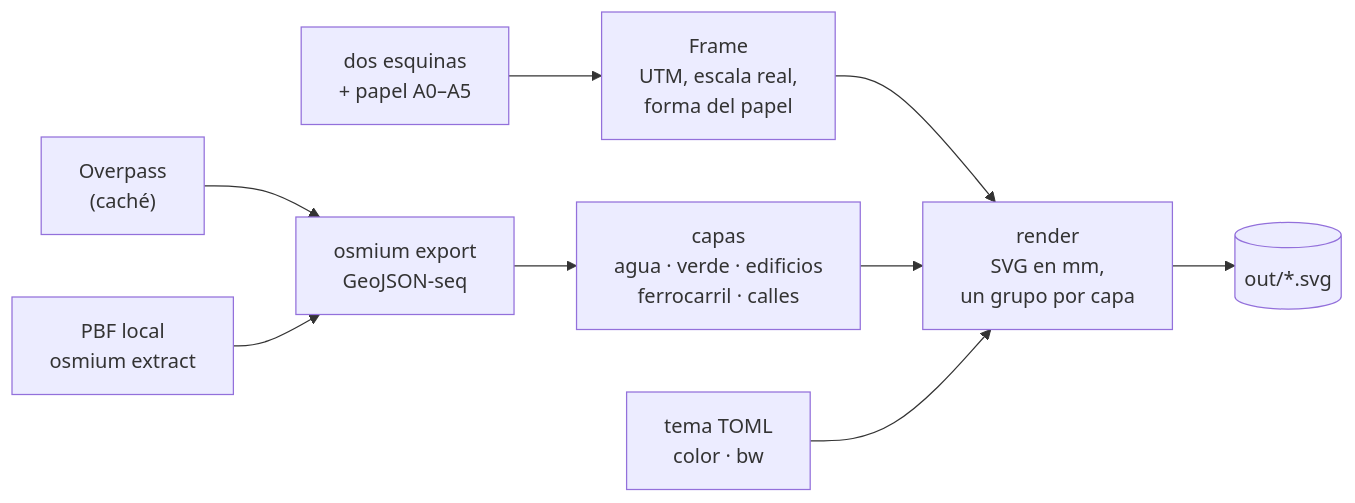
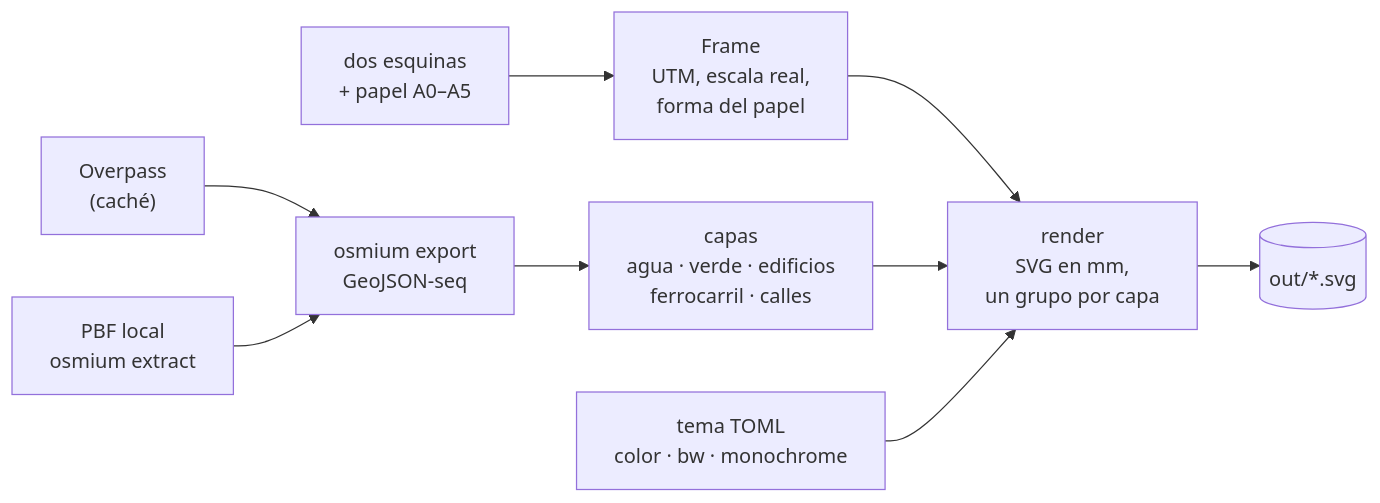
The diagram in README.md (1noro/vector-maps), drawn with Mermaid before and after one commit. The commit also changed other lines of this file and 39 other files, not shown here.

````diff
--- a/README.md
+++ b/README.md
@@ -40,11 +42,11 @@
 ```mermaid
 flowchart LR
     A["dos esquinas<br/>+ papel A0–A5"] --> F["Frame<br/>UTM, escala real,<br/>forma del papel"]
     O["Overpass<br/>(caché)"] --> E
     P["PBF local<br/>osmium extract"] --> E
     E["osmium export<br/>GeoJSON-seq"] --> L["capas<br/>agua · verde · edificios<br/>ferrocarril · calles"]
     F --> R
     L --> R["render<br/>SVG en mm,<br/>un grupo por capa"]
-    T["tema TOML<br/>color · bw"] --> R
+    T["tema TOML<br/>color · bw · monochrome"] --> R
     R --> S[("out/*.svg")]
 ```
````
